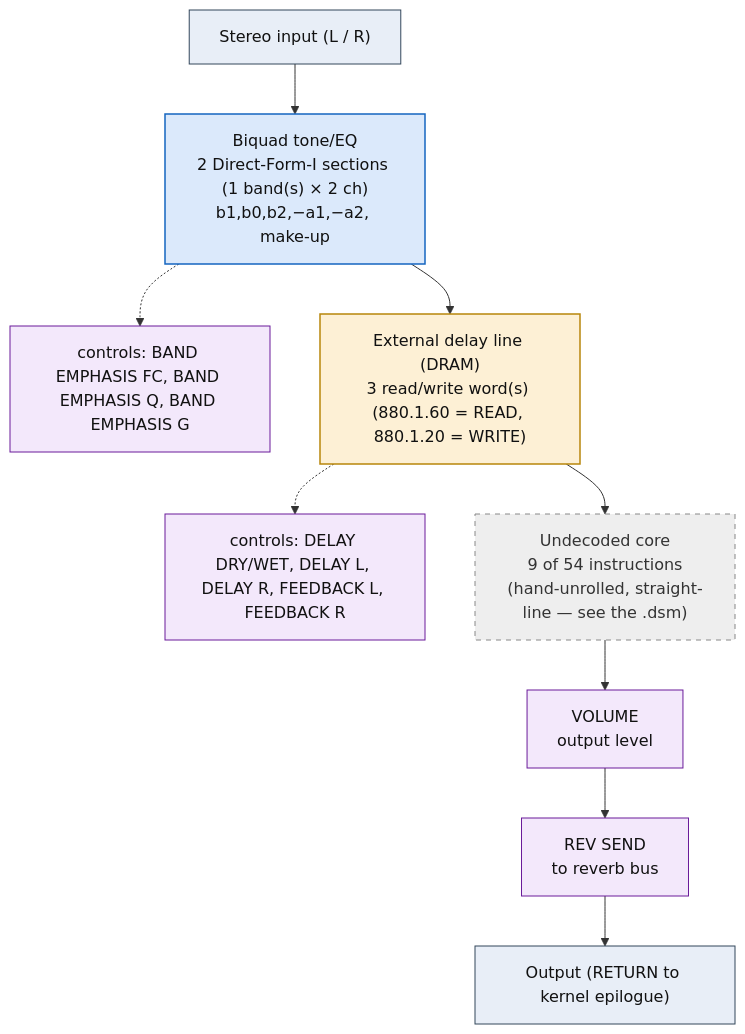
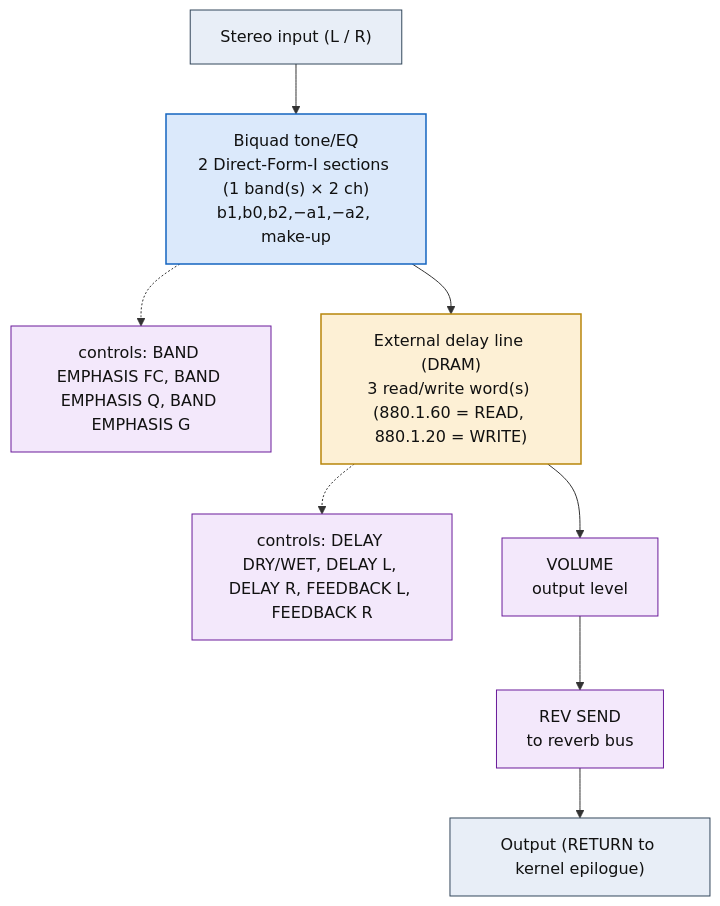
The diagram in dsp/flowcharts/prog72_peq_s_delay.md (ArqueologiaDigital/kn5000-roms-disasm), drawn with Mermaid before and after one commit. The commit also changed other lines of this file and 39 other files, not shown here.

First line of the commit message:
dsp: annotate all flowcharts with the classic effect topology each shape matches

````diff
--- a/dsp/flowcharts/prog72_peq_s_delay.md
+++ b/dsp/flowcharts/prog72_peq_s_delay.md
@@ -12,32 +12,29 @@
 ```mermaid
 flowchart TD
     N0["Stereo input (L / R)"]
     N1["Biquad tone/EQ<br/>2 Direct-Form-I sections (1 band(s) &times; 2 ch)<br/>b1,b0,b2,&minus;a1,&minus;a2, make-up"]
     N0 --> N1
     N2["controls: BAND EMPHASIS FC, BAND EMPHASIS Q, BAND EMPHASIS G"]
     N1 -.-> N2
     N3["External delay line (DRAM)<br/>3 read/write word(s) (880.1.60 = READ, 880.1.20 = WRITE)"]
     N1 --> N3
     N4["controls: DELAY DRY/WET, DELAY L, DELAY R, FEEDBACK L, FEEDBACK R"]
     N3 -.-> N4
-    N5["Undecoded core<br/>9 of 54 instructions<br/>(hand-unrolled, straight-line &mdash; see the .dsm)"]
+    N5["VOLUME<br/>output level"]
     N3 --> N5
-    N6["VOLUME<br/>output level"]
+    N6["REV SEND<br/>to reverb bus"]
     N5 --> N6
-    N7["REV SEND<br/>to reverb bus"]
+    N7["Output (RETURN to kernel epilogue)"]
     N6 --> N7
-    N8["Output (RETURN to kernel epilogue)"]
-    N7 --> N8
 
     classDef io fill:#e8eef7,stroke:#33475b,stroke-width:1px,color:#111;
     classDef proven fill:#d7f0d7,stroke:#2e7d32,stroke-width:2px,color:#111;
     classDef measured fill:#dbe9fb,stroke:#1565c0,stroke-width:1.5px,color:#111;
     classDef inferred fill:#fdf0d5,stroke:#b8860b,stroke-width:1.5px,color:#111;
     classDef open fill:#eeeeee,stroke:#888,stroke-width:1px,color:#333,stroke-dasharray:5 5;
     classDef ctrl fill:#f3e8fb,stroke:#6a1b9a,stroke-width:1px,color:#111;
-    class N0,N8 io;
+    class N0,N7 io;
     class N1 measured;
-    class N2,N4,N6,N7 ctrl;
+    class N2,N4,N5,N6 ctrl;
     class N3 inferred;
-    class N5 open;
 ```
````
